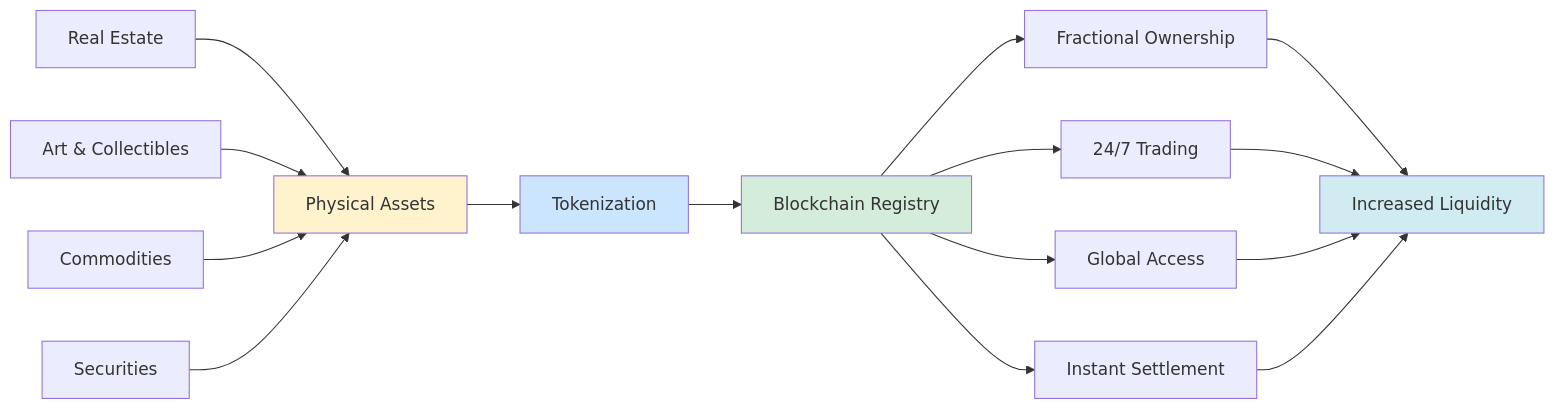
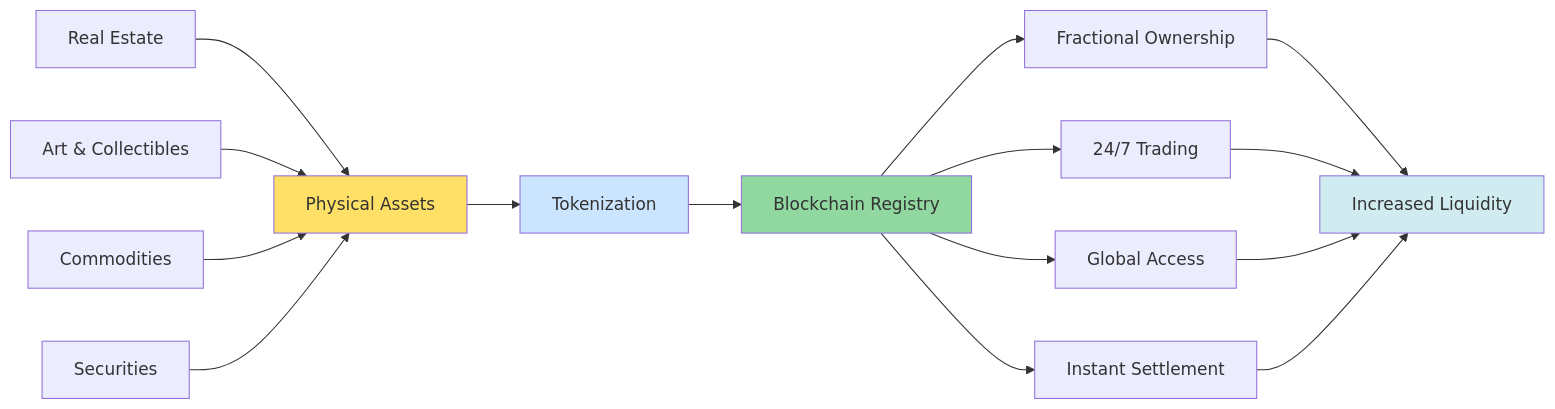
Before and after one commit to ljg-cqu/knowledge: the sixth of 23 diagrams in Industry/Blockchain/Blockchain/ValueChain/QA_MistralAI.md, drawn with Mermaid. The commit also changed other lines of this file and 6 other files, not shown here.

````diff
--- a/Industry/Blockchain/Blockchain/ValueChain/QA_MistralAI.md
+++ b/Industry/Blockchain/Blockchain/ValueChain/QA_MistralAI.md
@@ -452,24 +452,24 @@
 ```mermaid
 graph LR
     A[Physical Assets] --> B[Tokenization]
     B --> C[Blockchain Registry]
     C --> D[Fractional Ownership]
     C --> E[24/7 Trading]
     C --> F[Global Access]
     C --> G[Instant Settlement]
     
     H[Real Estate] --> A
     I[Art & Collectibles] --> A
     J[Commodities] --> A
     K[Securities] --> A
     
     D --> L[Increased Liquidity]
     E --> L
     F --> L
     G --> L
     
-    style A fill:#fff3cd
+    style A fill:#ffe066
     style B fill:#cce5ff
-    style C fill:#d4edda
+    style C fill:#90d7a0
     style L fill:#d1ecf1
 ```
````
